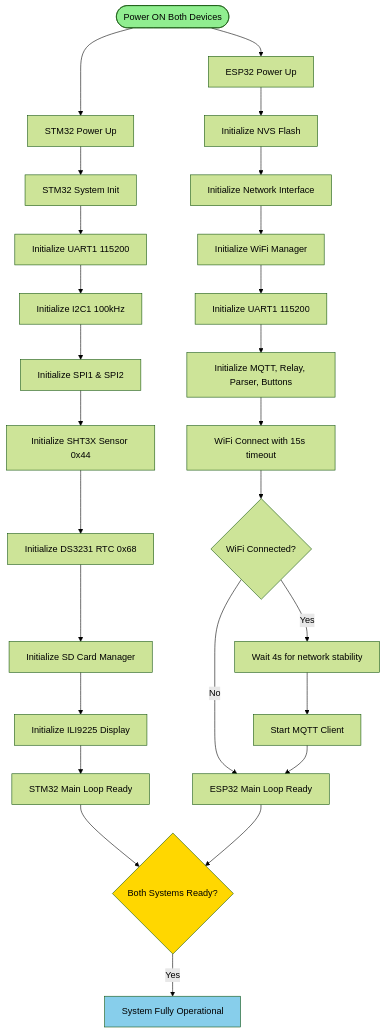
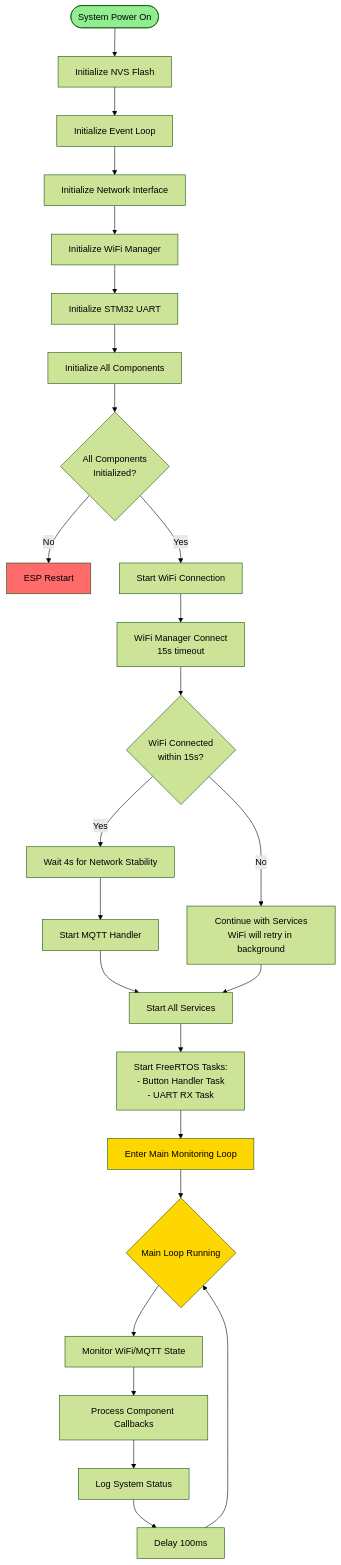
The first of 9 diagrams in documents/firmware/FLOW_DIAGRAM_FIRMWARE.md (quochung143/datalogger), drawn with Mermaid (forest theme) before and after one commit. The commit also changed other lines of this file and 7 other files, not shown here.

Commit message:
fix diagram, flowchart, UML

````diff
--- a/documents/firmware/FLOW_DIAGRAM_FIRMWARE.md
+++ b/documents/firmware/FLOW_DIAGRAM_FIRMWARE.md
@@ -7,36 +7,39 @@
 ```mermaid
 flowchart TD
-    Start([Power ON Both Devices]) --> PowerSTM32[STM32 Power Up]
-    Start --> PowerESP32[ESP32 Power Up]
+    Start([System Power On]) --> NVSInit[Initialize NVS Flash]
+    NVSInit --> EventInit[Initialize Event Loop]
+    EventInit --> NetifInit[Initialize Network Interface]
     
-    PowerSTM32 --> InitSTM32[STM32 System Init]
-    InitSTM32 --> InitSTM32UART[Initialize UART1 115200]
-    InitSTM32UART --> InitI2C[Initialize I2C1 100kHz]
-    InitI2C --> InitSPI[Initialize SPI1 & SPI2]
-    InitSPI --> InitSHT3X[Initialize SHT3X Sensor 0x44]
-    InitSHT3X --> InitDS3231[Initialize DS3231 RTC 0x68]
-    InitDS3231 --> InitSDCard[Initialize SD Card Manager]
-    InitSDCard --> InitDisplay[Initialize ILI9225 Display]
-    InitDisplay --> STM32Ready[STM32 Main Loop Ready]
+    NetifInit --> InitWiFi[Initialize WiFi Manager]
+    InitWiFi --> InitUART[Initialize STM32 UART]
+    InitUART --> InitComponents[Initialize All Components]
     
-    PowerESP32 --> InitNVS[Initialize NVS Flash]
-    InitNVS --> InitNetif[Initialize Network Interface]
-    InitNetif --> InitWiFi[Initialize WiFi Manager]
-    InitWiFi --> InitESP32UART[Initialize UART1 115200]
-    InitESP32UART --> InitComponents[Initialize MQTT, Relay, Parser, Buttons]
-    InitComponents --> ConnectWiFi[WiFi Connect with 15s timeout]
+    InitComponents --> CheckInit{All Components<br/>Initialized?}
+    CheckInit -->|No| Restart[ESP Restart]
+    CheckInit -->|Yes| StartWiFi[Start WiFi Connection]
     
-    ConnectWiFi --> CheckWiFi{WiFi Connected?}
-    CheckWiFi -->|Yes| WaitStable[Wait 4s for network stability]
-    CheckWiFi -->|No| ESP32Ready
-    WaitStable --> StartMQTT[Start MQTT Client]
-    StartMQTT --> ESP32Ready[ESP32 Main Loop Ready]
+    StartWiFi --> ConnectWiFi[WiFi Manager Connect<br/>15s timeout]
+    ConnectWiFi --> CheckWiFi{WiFi Connected<br/>within 15s?}
     
-    STM32Ready --> BothReady{Both Systems Ready?}
-    ESP32Ready --> BothReady
-    BothReady -->|Yes| SystemRunning[System Fully Operational]
+    CheckWiFi -->|Yes| WaitStable[Wait 4s for Network Stability]
+    CheckWiFi -->|No| ContinueServices[Continue with Services<br/>WiFi will retry in background]
+    
+    WaitStable --> StartMQTT[Start MQTT Handler]
+    StartMQTT --> StartServices[Start All Services]
+    ContinueServices --> StartServices
+    
+    StartServices --> StartTasks[Start FreeRTOS Tasks:<br/>- Button Handler Task<br/>- UART RX Task]
+    StartTasks --> MainLoop[Enter Main Monitoring Loop]
+    
+    MainLoop --> MonitorLoop{Main Loop Running}
+    MonitorLoop --> CheckConnections[Monitor WiFi/MQTT State]
+    CheckConnections --> ProcessCallbacks[Process Component Callbacks]
+    ProcessCallbacks --> LogStatus[Log System Status]
+    LogStatus --> Delay[Delay 100ms]
+    Delay --> MonitorLoop
     
     style Start fill:#90EE90
-    style BothReady fill:#FFD700
-    style SystemRunning fill:#87CEEB
+    style MainLoop fill:#FFD700
+    style MonitorLoop fill:#FFD700
+    style Restart fill:#FF6B6B
 ```
````
